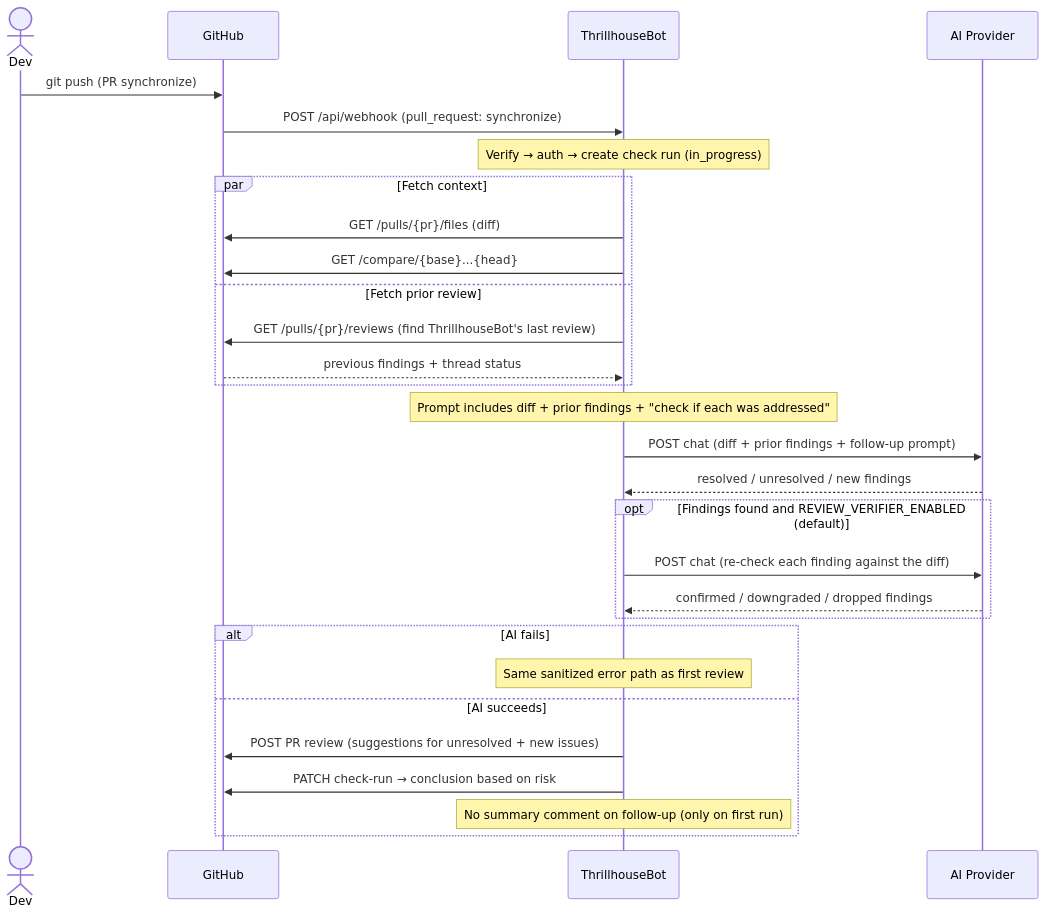
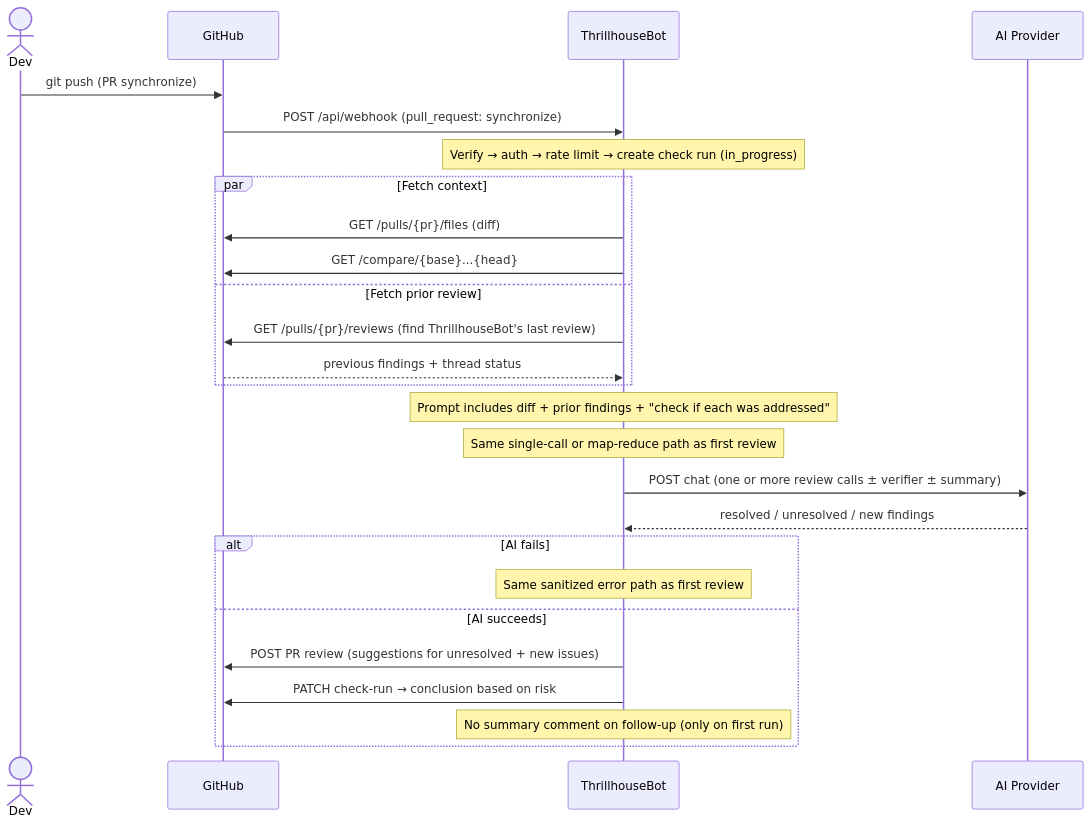
The fourth of 6 diagrams in docs/ARCHITECTURE.md (devops-thiago/ThrillhouseBot), drawn with Mermaid before and after one commit. The commit also changed other lines of this file and 2 other files, not shown here.

First line of the commit message:
docs: align CHANGELOG, README, and architecture with v0.4.0 (#365)

````diff
--- a/docs/ARCHITECTURE.md
+++ b/docs/ARCHITECTURE.md
@@ -110,38 +133,34 @@
 ```mermaid
 sequenceDiagram
     actor Dev
     participant GH as GitHub
     participant TB as ThrillhouseBot
     participant AI as AI Provider
 
     Dev->>GH: git push (PR synchronize)
     GH->>TB: POST /api/webhook (pull_request: synchronize)
 
-    Note over TB: Verify → auth → create check run (in_progress)
+    Note over TB: Verify → auth → rate limit → create check run (in_progress)
 
     par Fetch context
         TB->>GH: GET /pulls/{pr}/files (diff)
         TB->>GH: GET /compare/{base}...{head}
     and Fetch prior review
         TB->>GH: GET /pulls/{pr}/reviews (find ThrillhouseBot's last review)
         GH-->>TB: previous findings + thread status
     end
 
     Note over TB: Prompt includes diff + prior findings + "check if each was addressed"
+    Note over TB: Same single-call or map-reduce path as first review
 
-    TB->>AI: POST chat (diff + prior findings + follow-up prompt)
+    TB->>AI: POST chat (one or more review calls ± verifier ± summary)
     AI-->>TB: resolved / unresolved / new findings
-
-    opt Findings found and REVIEW_VERIFIER_ENABLED (default)
-        TB->>AI: POST chat (re-check each finding against the diff)
-        AI-->>TB: confirmed / downgraded / dropped findings
-    end
 
     alt AI fails
         Note over TB: Same sanitized error path as first review
     else AI succeeds
         TB->>GH: POST PR review (suggestions for unresolved + new issues)
         TB->>GH: PATCH check-run → conclusion based on risk
         Note over TB: No summary comment on follow-up (only on first run)
     end
 ```
````
